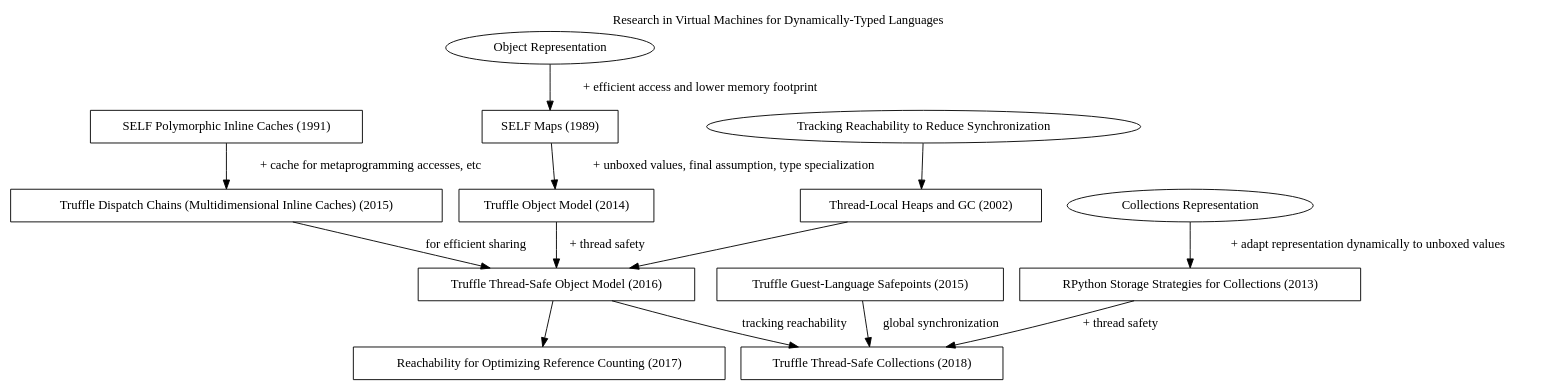
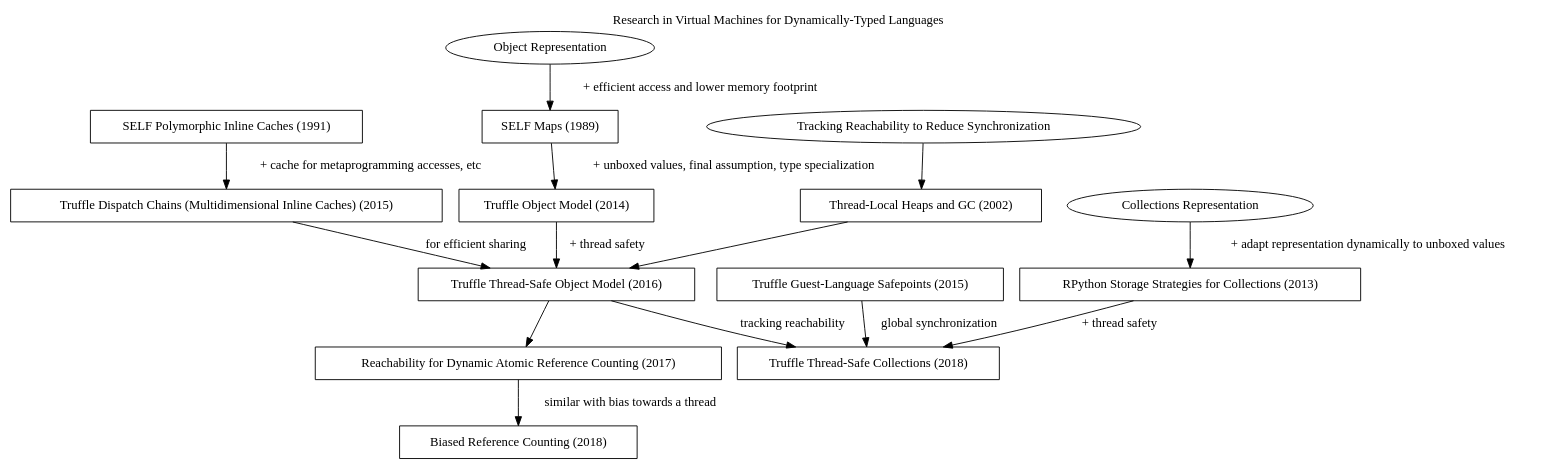
One commit to eregon/virtual-machines-research-graph changed the diagram in graph.dot. Above: the diagram before and after it, drawn with Graphviz.

Commit message:
Add URLs and full paper titles

```diff
--- a/graph.dot
+++ b/graph.dot
@@ -1,40 +1,65 @@
 digraph G {
   label = "Research in Virtual Machines for Dynamically-Typed Languages"
   labelloc = "t"
   node [shape = "box"]
 
-  pic [label = "SELF Polymorphic Inline Caches (1991)"]
-  mpic [label = "Truffle Dispatch Chains (Multidimensional Inline Caches) (2015)"]
+  # Nodes
+  pic [label = "SELF Polymorphic Inline Caches (1991)",
+       tooltip = "Optimizing Dynamically-Typed Object-Oriented Languages With Polymorphic Inline Caches",
+       URL = "http://bibliography.selflanguage.org/_static/pics.pdf"]
+  mpic [label = "Truffle Dispatch Chains (Multidimensional Inline Caches) (2015)",
+        tooltip = "Zero-Overhead Metaprogramming; Reflection and Metaobject Protocols Fast and without Compromises",
+        URL = "https://stefan-marr.de/downloads/pldi15-marr-et-al-zero-overhead-metaprogramming.pdf"]
 
   om [label = "Object Representation", shape="oval"]
-  maps [label = "SELF Maps (1989)"]
-  tosm [label = "Truffle Object Model (2014)"]
-  tso [label = "Truffle Thread-Safe Object Model (2016)"]
+  maps [label = "SELF Maps (1989)",
+        tooltip = "An Efficient Implementation of SELF a Dynamically-Typed Object-Oriented Language Based on Prototypes",
+        URL = "http://www.selflanguage.org/_static/published/implementation.pdf"]
+  tosm [label = "Truffle Object Model (2014)",
+        tooltip = "An Object Storage Model for the Truffle Language Implementation Framework",
+        URL = "https://chrisseaton.com/rubytruffle/pppj14-om/pppj14-om.pdf"]
+  tso [label = "Truffle Thread-Safe Object Model (2016)",
+       tooltip = "Efficient and Thread-Safe Objects for Dynamically-Typed Languages",
+       URL = "https://eregon.me/blog/assets/research/thread-safe-objects.pdf"]
 
-  glsp [label = "Truffle Guest-Language Safepoints (2015)"]
+  glsp [label = "Truffle Guest-Language Safepoints (2015)",
+        tooltip = "Techniques and Applications for Guest-Language Safepoints",
+        URL = "https://eregon.me/blog/assets/research/guest-language-safepoints.pdf"]
 
   collections [label = "Collections Representation", shape="oval"]
-  ss [label = "RPython Storage Strategies for Collections (2013)"]
-  tsc [label = "Truffle Thread-Safe Collections (2018)"]
+  ss [label = "RPython Storage Strategies for Collections (2013)",
+      tooltip = "Storage Strategies for Collections in Dynamically Typed Languages",
+      URL = "https://tratt.net/laurie/research/pubs/html/bolz_diekmann_tratt__storage_strategies_for_collections_in_dynamically_typed_languages/"]
+  tsc [label = "Truffle Thread-Safe Collections (2018)",
+       tooltip = "Parallelization of Dynamic Languages: Synchronizing Built-in Collections",
+       URL = "https://eregon.me/blog/assets/research/thread-safe-collections.pdf"]
 
   reachability [label = "Tracking Reachability to Reduce Synchronization", shape="oval"]
-  domani [label = "Thread-Local Heaps and GC (2002)"]
-  rarc [label = "Reachability for Optimizing Reference Counting (2017)"]
+  domani [label = "Thread-Local Heaps and GC (2002)",
+          tooltip = "Thread-Local Heaps for Java",
+          URL = "http://citeseerx.ist.psu.edu/viewdoc/download?doi=10.1.1.63.5846&amp;rep=rep1&amp;type=pdf"]
+  rarc [label = "Reachability for Dynamic Atomic Reference Counting (2017)",
+        tooltip = "Dynamic Atomicity: Optimizing Swift Memory Management",
+        URL = "https://dl.acm.org/doi/10.1145/3133841.3133843"]
+  brc [label = "Biased Reference Counting (2018)",
+       tooltip = "Biased Reference Counting: Minimizing Atomic Operations in Garbage Collection",
+       URL = "https://iacoma.cs.uiuc.edu/iacoma-papers/pact18.pdf"]
 
   # Edges
   pic -> mpic [label = "+ cache for metaprogramming accesses, etc"]
   mpic -> tso [label = "for efficient sharing"]
 
   om -> maps [label = "+ efficient access and lower memory footprint"]
   maps -> tosm [label = "+ unboxed values, final assumption, type specialization"]
   tosm -> tso [label = "+ thread safety"]
   tso -> rarc
+  rarc -> brc [label = "similar with bias towards a thread"]
 
   reachability -> domani
   domani -> tso
 
   tso -> tsc [label = "tracking reachability"]
   glsp -> tsc [label = "global synchronization"]
   collections -> ss [label = "+ adapt representation dynamically to unboxed values"]
   ss -> tsc [label = "+ thread safety"]
 }
```
